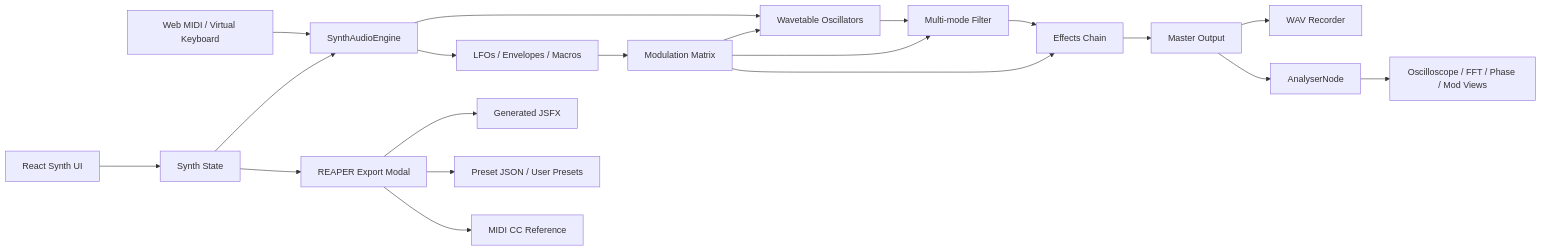
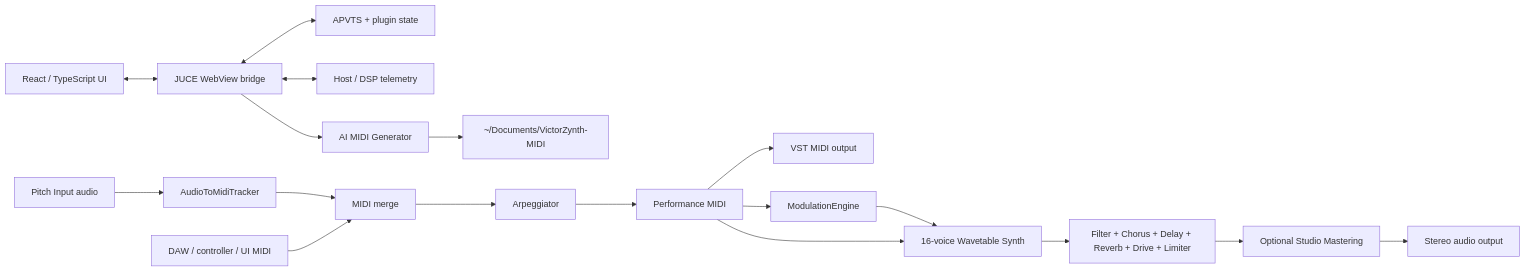
One commit to MKlolbullen/VictorZynth changed the diagram in README.md. Above: the diagram before and after it, drawn with Mermaid. The commit also changed other lines of this file, not shown here.

````diff
--- a/README.md
+++ b/README.md
@@ -110,23 +280,24 @@
 ```mermaid
 flowchart LR
-    MIDI[Web MIDI / Virtual Keyboard] --> Engine[SynthAudioEngine]
-    UI[React Synth UI] --> State[Synth State]
-    State --> Engine
+    UI[React / TypeScript UI] <--> Bridge[JUCE WebView bridge]
+    Bridge <--> State[APVTS + plugin state]
+    Bridge <--> Telemetry[Host / DSP telemetry]
 
-    Engine --> OSC[Wavetable Oscillators]
-    Engine --> MOD[LFOs / Envelopes / Macros]
-    MOD --> Matrix[Modulation Matrix]
-    Matrix --> OSC
-    Matrix --> Filter[Multi-mode Filter]
-    Matrix --> FX[Effects Chain]
+    Mic[Pitch Input audio] --> Pitch[AudioToMidiTracker]
+    Pitch --> MidiMerge[MIDI merge]
+    HostMidi[DAW / controller / UI MIDI] --> MidiMerge
+    MidiMerge --> Arp[Arpeggiator]
+    Arp --> Perf[Performance MIDI]
 
-    OSC --> Filter --> FX --> Out[Master Output]
-    Out --> Recorder[WAV Recorder]
-    Out --> Analyser[AnalyserNode]
-    Analyser --> Viz[Oscilloscope / FFT / Phase / Mod Views]
+    Perf --> MidiOut[VST MIDI output]
+    Perf --> Mod[ModulationEngine]
+    Perf --> Synth[16-voice Wavetable Synth]
+    Mod --> Synth
 
-    State --> Export[REAPER Export Modal]
-    Export --> JSFX[Generated JSFX]
-    Export --> Presets[Preset JSON / User Presets]
-    Export --> CC[MIDI CC Reference]
+    Synth --> FX[Filter + Chorus + Delay + Reverb + Drive + Limiter]
+    FX --> Studio[Optional Studio Mastering]
+    Studio --> AudioOut[Stereo audio output]
+
+    Bridge --> AI[AI MIDI Generator]
+    AI --> Library[~/Documents/VictorZynth-MIDI]
 ```
````
